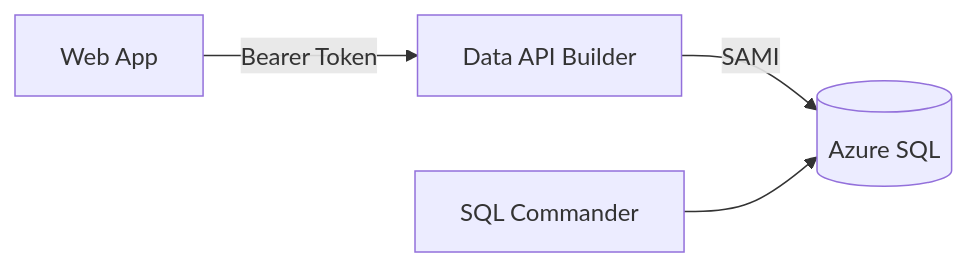
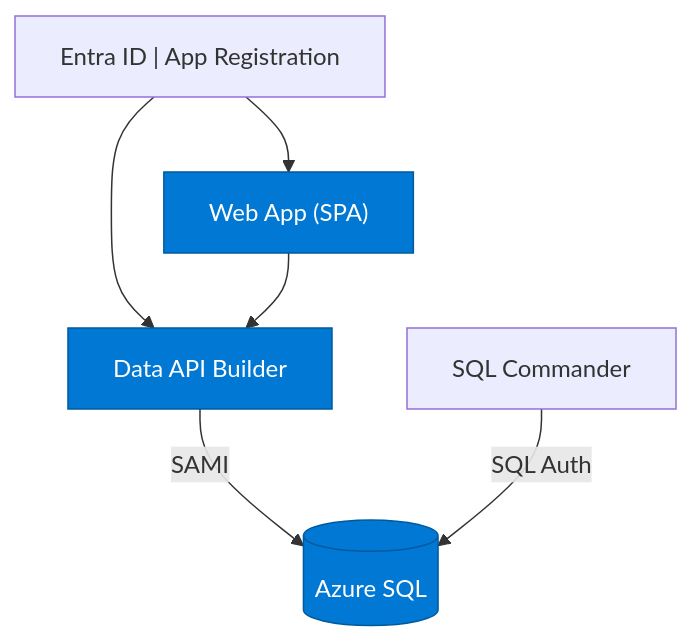
The first of 3 diagrams in README.md (JerryNixon/github-copilot-sql-dab-azure-mcp), drawn with Mermaid before and after one commit. The commit also changed other lines of this file and 31 other files, not shown here.

````diff
--- a/README.md
+++ b/README.md
@@ -22,6 +7,16 @@
 ```mermaid
-flowchart LR
-  Web["Web App"] -->|Bearer Token| API["Data API Builder"]
-  API -->|SAMI| DB[(Azure SQL)]
-  Commander["SQL Commander"] --> DB
+flowchart TD
+    Reg["Entra ID | App Registration"]
+    Web["Web App (SPA)"]:::blue
+    API["Data API Builder"]:::blue
+    DB[(Azure SQL)]:::blue
+    Commander["SQL Commander"]
+    
+    Reg --> Web
+    Reg --> API
+    Web --> API
+    API -->|SAMI| DB
+    Commander -->|SQL Auth| DB
+    
+    classDef blue fill:#0078d4,stroke:#005a9e,color:#fff
 ```
````
